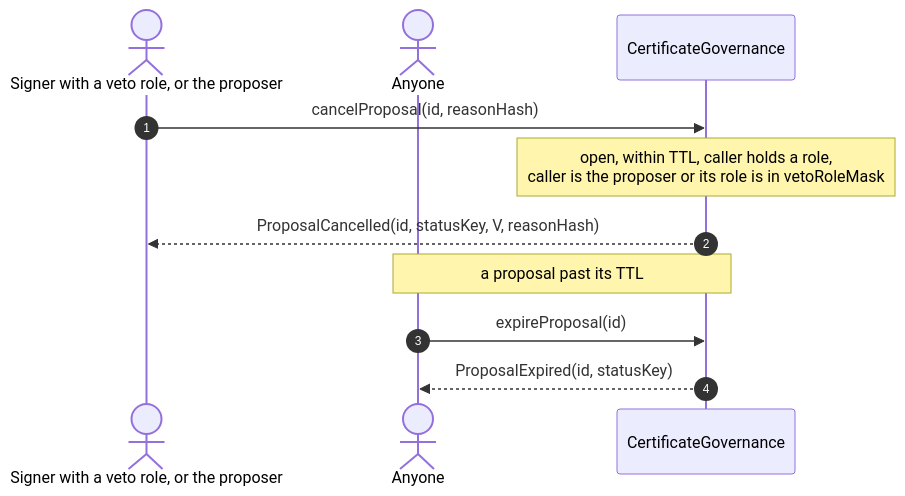
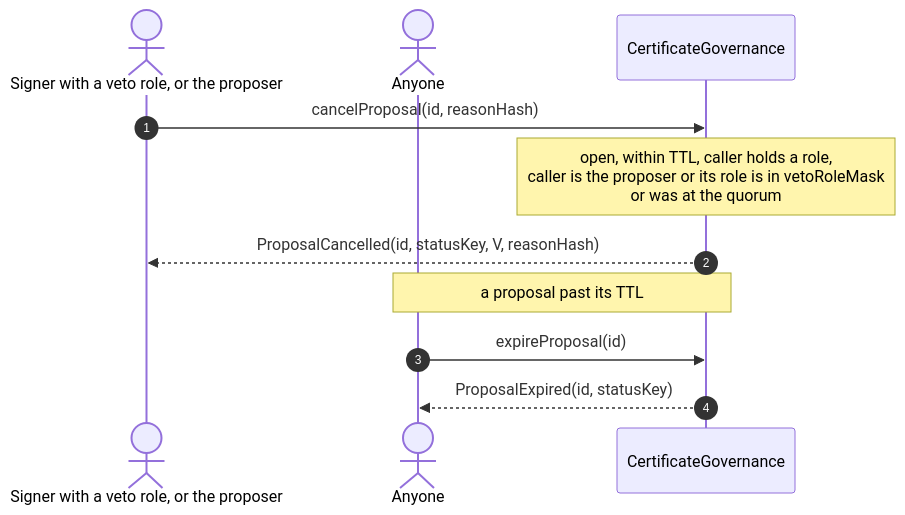
The sixth of 9 diagrams in contracts/docs/sequence-diagrams.md (fiit-ba/ebsi-licences-for-cybersecurity-managers), drawn with Mermaid before and after one commit. The commit also changed other lines of this file and 7 other files, not shown here.

Commit message:
fix: Hold a decision to the timelock and veto roles in force at its quorum, so a later rule change cannot weaken it

````diff
--- a/contracts/docs/sequence-diagrams.md
+++ b/contracts/docs/sequence-diagrams.md
@@ -230,15 +230,15 @@
 ```mermaid
 sequenceDiagram
     autonumber
     actor V as Signer with a veto role, or the proposer
     actor Any as Anyone
     participant G as CertificateGovernance
 
     V->>G: cancelProposal(id, reasonHash)
-    Note over G: open, within TTL, caller holds a role,<br/>caller is the proposer or its role is in vetoRoleMask
+    Note over G: open, within TTL, caller holds a role,<br/>caller is the proposer or its role is in vetoRoleMask<br/>or was at the quorum
     G-->>V: ProposalCancelled(id, statusKey, V, reasonHash)
 
     Note over Any,G: a proposal past its TTL
     Any->>G: expireProposal(id)
     G-->>Any: ProposalExpired(id, statusKey)
 ```
````
